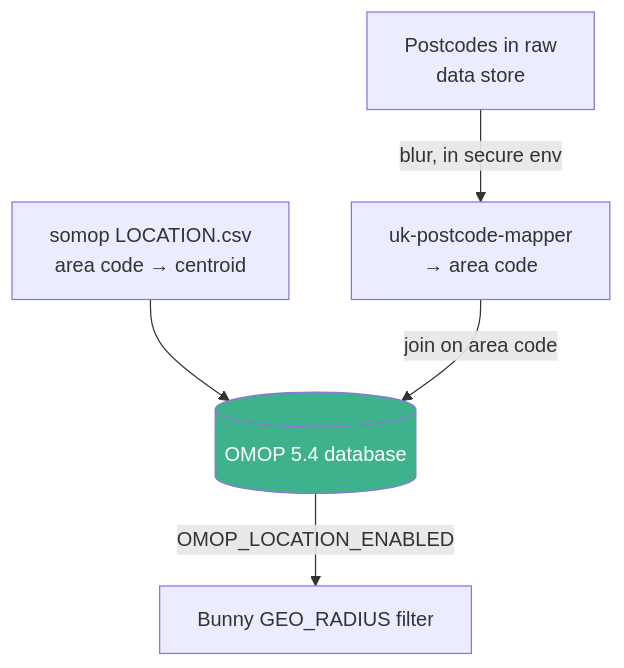
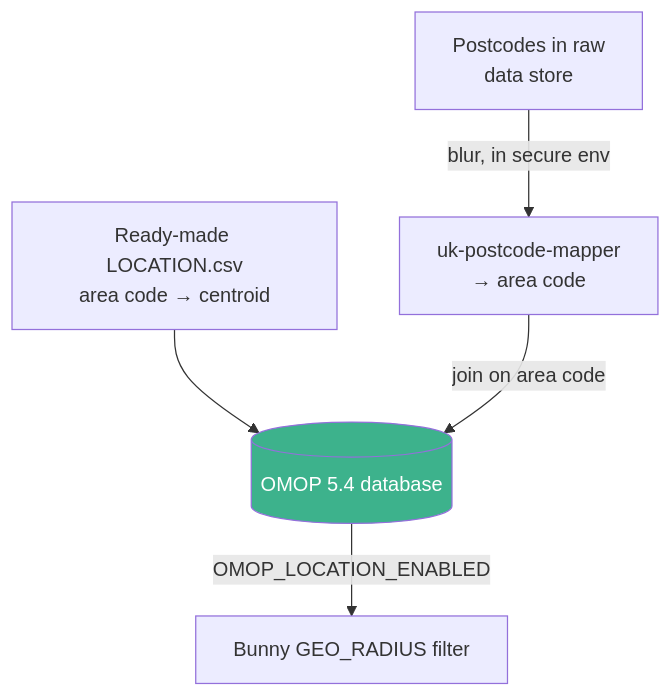
The second of 2 diagrams in docs/omop/location.md (HDRUK/cohort-discovery-service-docs), drawn with Mermaid before and after one commit. The commit also changed other lines of this file, not shown here.

````diff
--- a/docs/omop/location.md
+++ b/docs/omop/location.md
@@ -141,9 +180,9 @@
 ```mermaid
 graph TD
     P[Postcodes in raw<br/>data store] -->|blur, in secure env| M[uk-postcode-mapper<br/>→ area code]
-    L[somop LOCATION.csv<br/>area code → centroid] --> DB[(OMOP 5.4 database)]
+    L[Ready-made LOCATION.csv<br/>area code → centroid] --> DB[(OMOP 5.4 database)]
     M -->|join on area code| DB
     DB -->|OMOP_LOCATION_ENABLED| BUNNY[Bunny GEO_RADIUS filter]
 
     style DB fill:#3db28c,color:#fff
 ```
````
